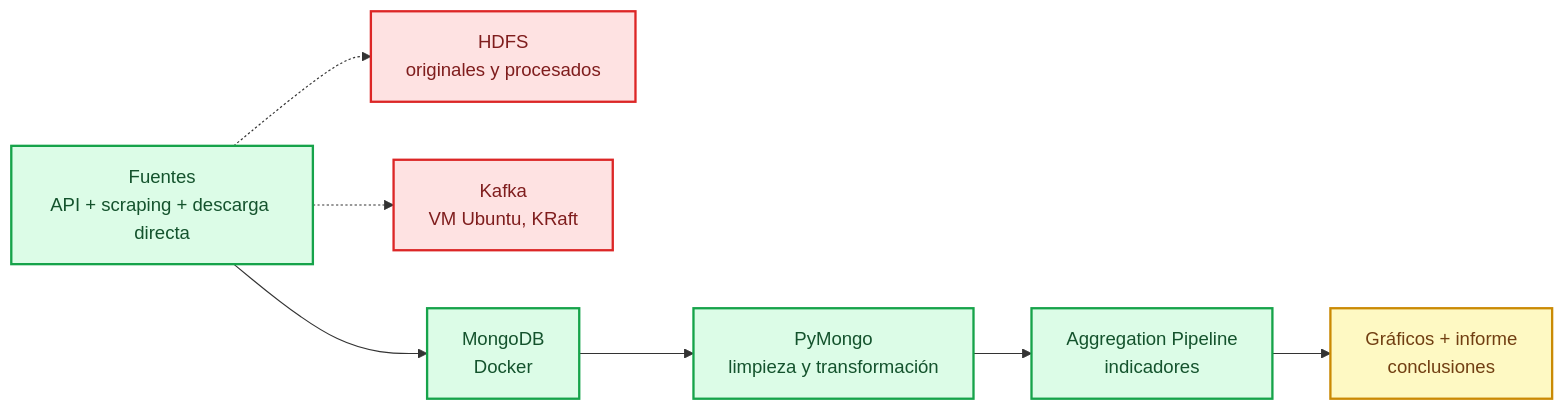
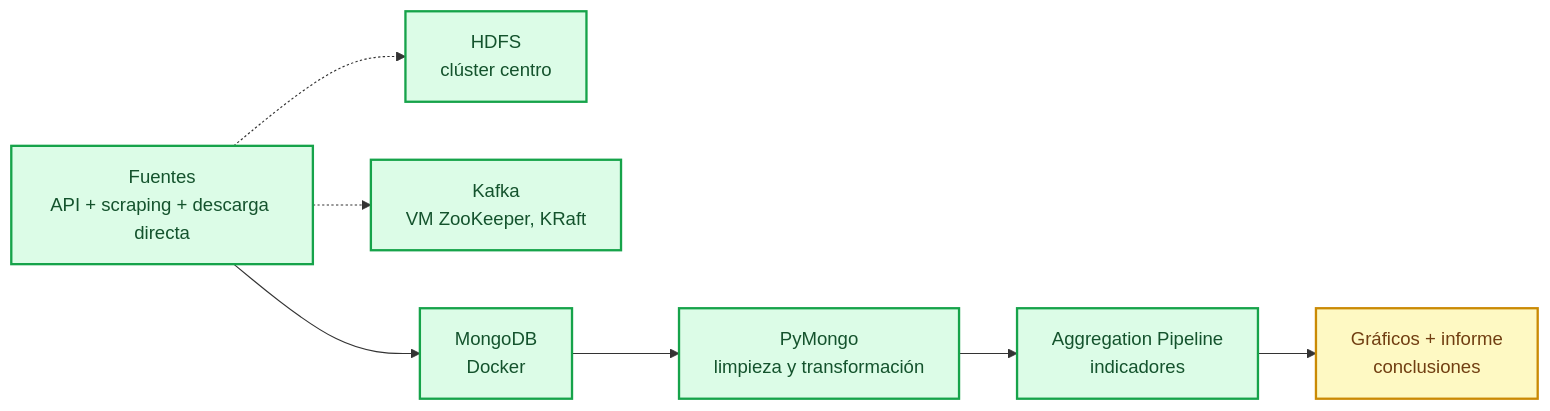
One commit to mikelrh-dev/bigdata-vivienda-euskadi changed the first of 2 diagrams in README.md. Above: the diagram before and after it, drawn with Mermaid. The commit also changed other lines of this file and 25 other files, not shown here.

First line of the commit message:
feat: HDFS centro y Kafka VM listos con cliente WebHDFS y productor/consumidor probados

````diff
--- a/README.md
+++ b/README.md
@@ -16,25 +16,25 @@
 ```mermaid
 flowchart LR
     accTitle: Pipeline de datos vivienda Euskadi
     accDescr: Flujo de fuentes a resultados: extraccion, HDFS, Kafka, MongoDB, limpieza, agregacion, visualizacion.
 
     src["Fuentes<br/>API + scraping + descarga directa"]
-    hdfs["HDFS<br/>originales y procesados"]
-    kafka["Kafka<br/>VM Ubuntu, KRaft"]
+    hdfs["HDFS<br/>clúster centro"]
+    kafka["Kafka<br/>VM ZooKeeper, KRaft"]
     mongo["MongoDB<br/>Docker"]
     clean["PyMongo<br/>limpieza y transformación"]
     agg["Aggregation Pipeline<br/>indicadores"]
     viz["Gráficos + informe<br/>conclusiones"]
 
     src --> mongo --> clean --> agg --> viz
     src -.-> hdfs
     src -.-> kafka
 
     classDef done fill:#dcfce7,stroke:#16a34a,stroke-width:2px,color:#14532d
     classDef partial fill:#fef9c3,stroke:#ca8a04,stroke-width:2px,color:#713f12
     classDef todo fill:#fee2e2,stroke:#dc2626,stroke-width:2px,color:#7f1d1d
     class src done
-    class hdfs,kafka todo
+    class hdfs,kafka done
     class mongo,clean,agg done
     class viz partial
 ```
````
